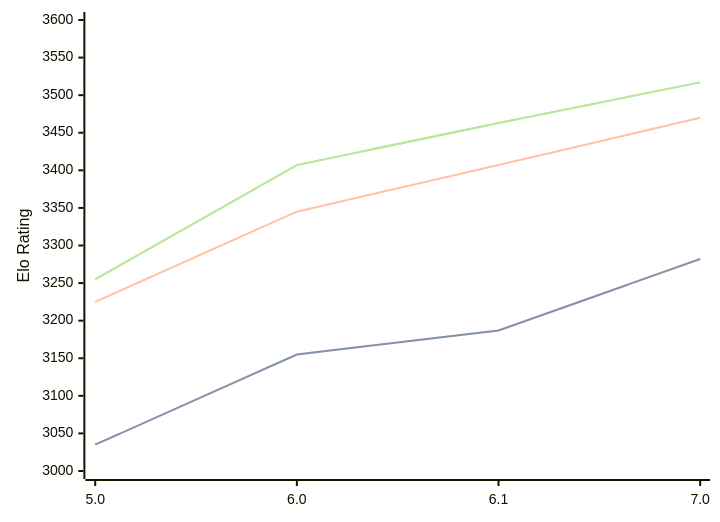
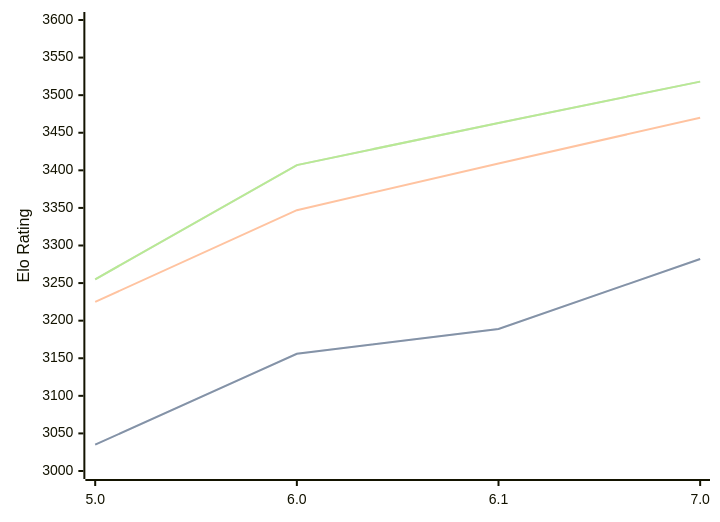
The first of 3 diagrams in engines/PZChessBot.md (computer-chess-index/cci), drawn with Mermaid before and after one commit. The commit also changed other lines of this file, not shown here.

Commit message:
Update CCI Ratings (ELO VLTC) - 2026-06-24

````diff
--- a/engines/PZChessBot.md
+++ b/engines/PZChessBot.md
@@ -43,11 +43,11 @@
 ```mermaid
 %%{init: {"theme":"base","themeVariables":{"seriesColors:['#a3a3a3','#222221','#faa371']}}}%%
 xychart-beta
   x-axis ["5.0", "6.0", "6.1", "7.0"]
   y-axis "Elo Rating" 3000 --> 3600
-  line "STC (8.0+0.08s)" [3035, 3155, 3187, 3282]
-  line "STC (8.0+0.08s)" [3035, 3155, 3187, 3282]
-  line "LTC (60.0+0.60s)" [3225, 3345, 3407, 3470]
-  line "VLTC (2m24s+1.12s)" [3255, 3407, 3463, 3517]
-  line "VLTC (2m24s+1.12s)" [3255, 3407, 3463, 3517]
+  line "STC (8.0+0.08s)" [3035, 3156, 3189, 3282]
+  line "STC (8.0+0.08s)" [3035, 3156, 3189, 3282]
+  line "LTC (60.0+0.60s)" [3225, 3347, 3409, 3470]
+  line "VLTC (2m24s+1.12s)" [3255, 3407, 3463, 3518]
+  line "VLTC (2m24s+1.12s)" [3255, 3407, 3463, 3518]
 ```
````
